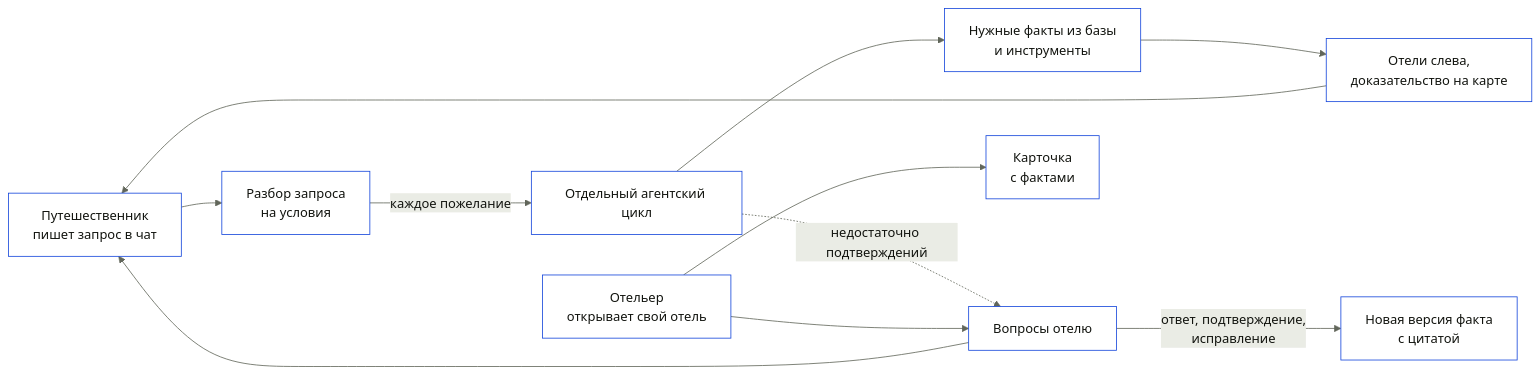
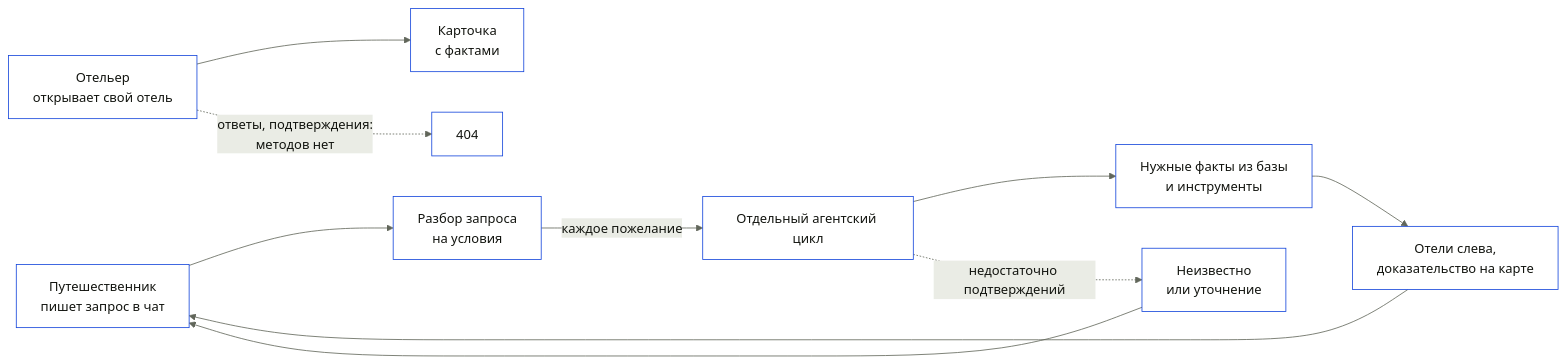
One commit to GoatWhistle/ostrovok changed the first of 3 diagrams in docs/architecture.md. Above: the diagram before and after it, drawn with Mermaid. The commit also changed other lines of this file and 12 other files, not shown here.

````diff
--- a/docs/architecture.md
+++ b/docs/architecture.md
@@ -17,14 +17,13 @@
 ```mermaid
 %%{init: {"theme":"base","themeVariables":{"primaryColor":"#ffffff","primaryTextColor":"#12140f","primaryBorderColor":"#1546db","secondaryColor":"#eaece5","tertiaryColor":"#f4f5f1","lineColor":"#61665a","textColor":"#12140f","noteBkgColor":"#eaece5","noteTextColor":"#4a4e44","actorBkg":"#ffffff","actorBorder":"#1546db","fontFamily":"Manrope Variable"}}}%%
 flowchart LR
     U1["Путешественник<br/>пишет запрос в чат"] --> M1["Разбор запроса<br/>на условия"]
     M1 -->|"каждое пожелание"| A["Отдельный агентский цикл"]
     A --> M2["Нужные факты из базы<br/>и инструменты"]
     A -.->|"недостаточно подтверждений"| Q["Неизвестно<br/>или уточнение"]
     Q --> U1
     M2 --> R["Отели слева,<br/>доказательство на карте"]
     R --> U1
     U2["Отельер<br/>открывает свой отель"] --> C["Карточка<br/>с фактами"]
-    U2 --> Q["Вопросы отелю"]
-    Q -->|"ответ, подтверждение,<br/>исправление"| V["Новая версия факта<br/>с цитатой"]
+    U2 -.->|"ответы, подтверждения:<br/>методов нет"| X["404"]
 ```
````
